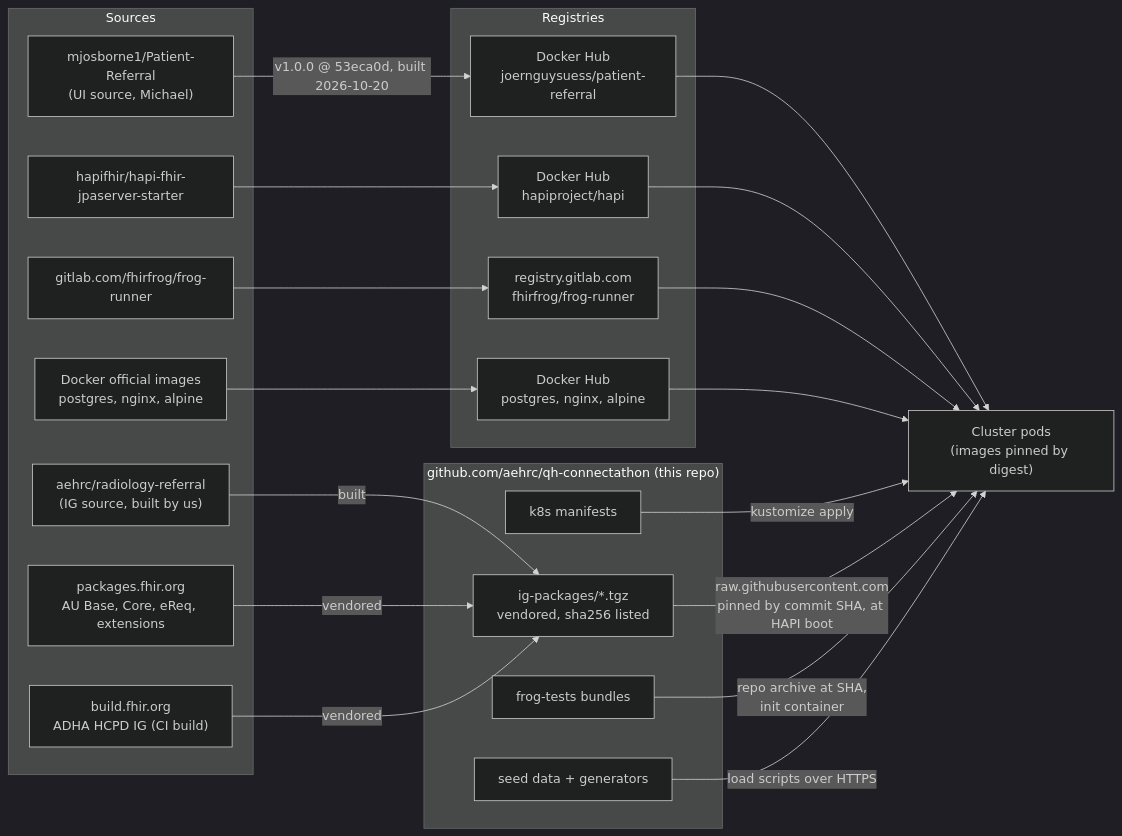
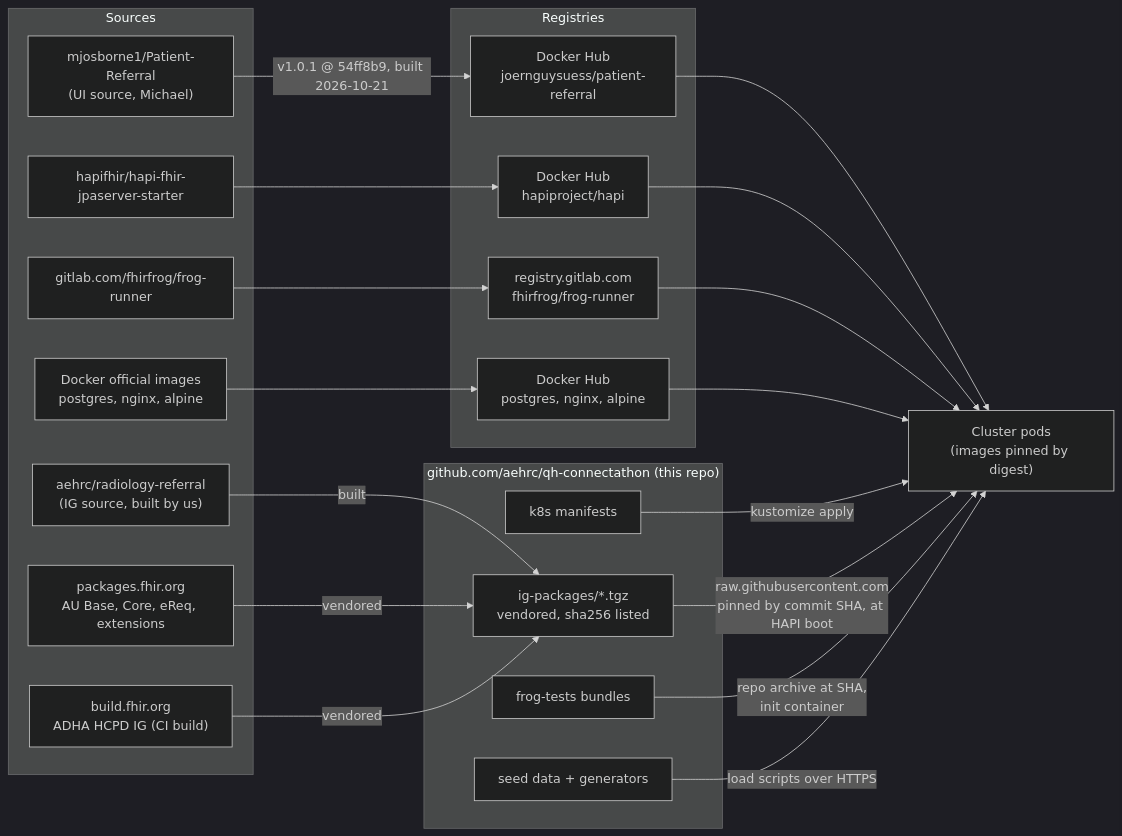
One commit to aehrc/qh-connectathon changed the first of 6 diagrams in 2026-10-29/2-FHIR-For-Services/deploy/DEPLOYMENT.md. Above: the diagram before and after it, drawn with Mermaid (dark theme). The commit also changed other lines of this file and 2 other files, not shown here.

Commit message:
track2: Patient-Referral v1.0.1 (54ff8b9): filler shows ServiceRequest details for child tasks

````diff
--- a/2026-10-29/2-FHIR-For-Services/deploy/DEPLOYMENT.md
+++ b/2026-10-29/2-FHIR-For-Services/deploy/DEPLOYMENT.md
@@ -15,40 +15,40 @@
 ```mermaid
 flowchart LR
   subgraph src["Sources"]
     mo["mjosborne1/Patient-Referral<br/>(UI source, Michael)"]
     hs["hapifhir/hapi-fhir-jpaserver-starter"]
     ff["gitlab.com/fhirfrog/frog-runner"]
     rr["aehrc/radiology-referral<br/>(IG source, built by us)"]
     pk["packages.fhir.org<br/>AU Base, Core, eReq, extensions"]
     bf["build.fhir.org<br/>ADHA HCPD IG (CI build)"]
     off["Docker official images<br/>postgres, nginx, alpine"]
   end
   subgraph reg["Registries"]
     dh1["Docker Hub<br/>joernguysuess/patient-referral"]
     dh2["Docker Hub<br/>hapiproject/hapi"]
     gl["registry.gitlab.com<br/>fhirfrog/frog-runner"]
     dh3["Docker Hub<br/>postgres, nginx, alpine"]
   end
   subgraph repo["github.com/aehrc/qh-connectathon (this repo)"]
     tgz["ig-packages/*.tgz<br/>vendored, sha256 listed"]
     man["k8s manifests"]
     seed["seed data + generators"]
     bun["frog-tests bundles"]
   end
   cl["Cluster pods<br/>(images pinned by digest)"]
-  mo -->|"v1.0.0 @ 53eca0d, built 2026-10-20"| dh1
+  mo -->|"v1.0.1 @ 54ff8b9, built 2026-10-21"| dh1
   hs --> dh2
   ff --> gl
   off --> dh3
   rr -->|"built"| tgz
   pk -->|"vendored"| tgz
   bf -->|"vendored"| tgz
   dh1 --> cl
   dh2 --> cl
   gl --> cl
   dh3 --> cl
   man -->|"kustomize apply"| cl
   tgz -->|"raw.githubusercontent.com<br/>pinned by commit SHA, at HAPI boot"| cl
   bun -->|"repo archive at SHA,<br/>init container"| cl
   seed -->|"load scripts over HTTPS"| cl
 ```
````
